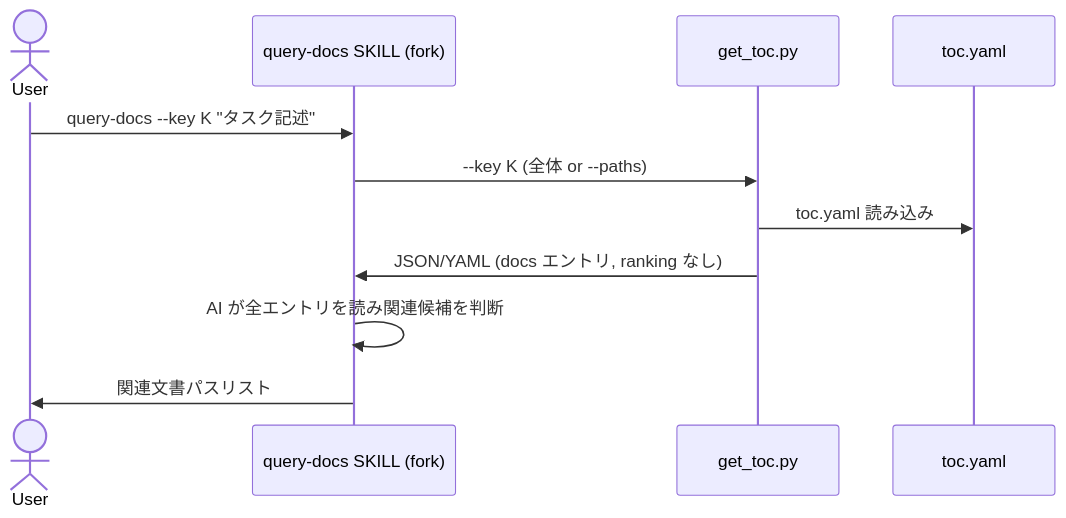
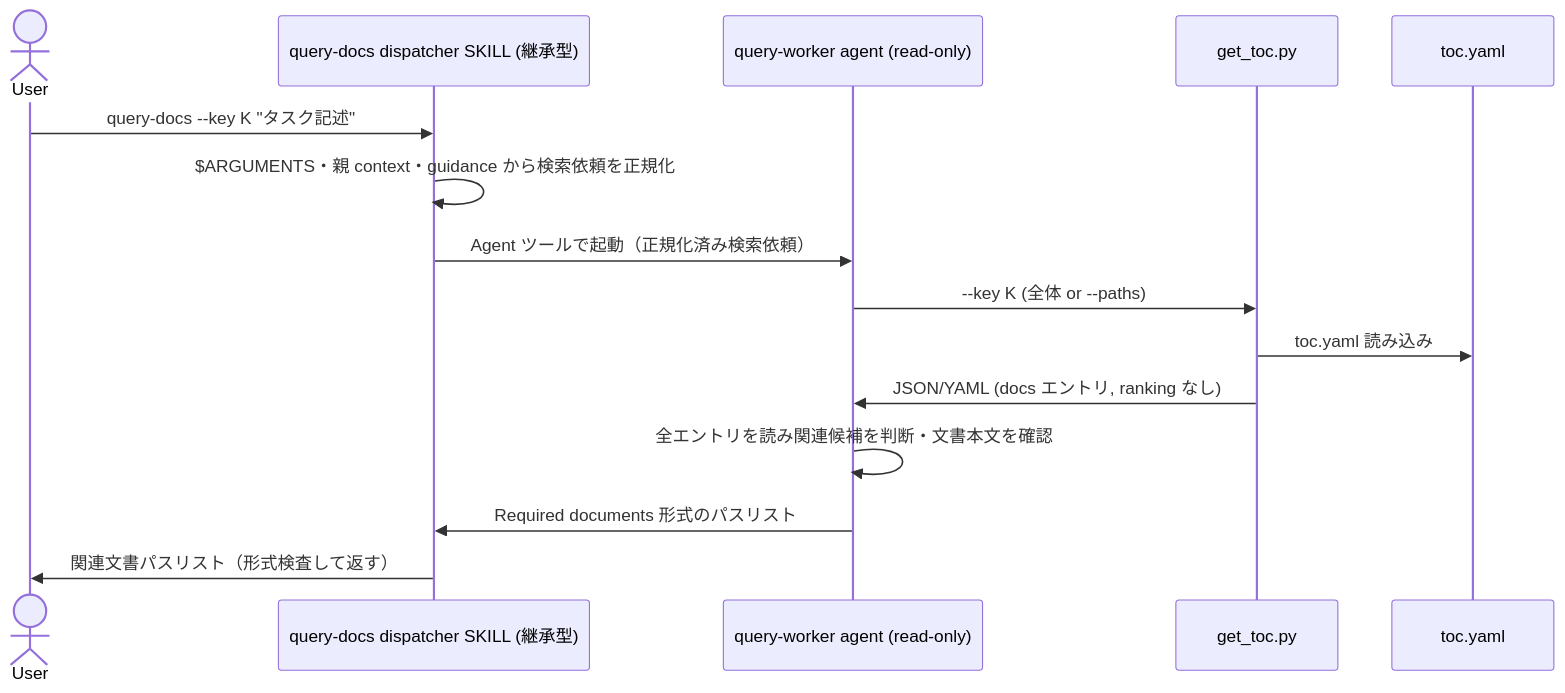
Before and after one commit to BlueEventHorizon/DocAdvisor-CC: the seventh of 7 diagrams in docs/specs/base/design/DES-005_toc_generation_flow.md, drawn with Mermaid. The commit also changed other lines of this file and 8 other files, not shown here.

First line of the commit message:
feat: query-docs を継承型 dispatcher + read-only worker 構成へ再設計

````diff
--- a/docs/specs/base/design/DES-005_toc_generation_flow.md
+++ b/docs/specs/base/design/DES-005_toc_generation_flow.md
@@ -435,14 +438,18 @@
 ```mermaid
 sequenceDiagram
     actor User
-    participant Q as query-docs SKILL (fork)
+    participant Q as query-docs dispatcher SKILL (継承型)
+    participant W as query-worker agent (read-only)
     participant G as get_toc.py
     participant Store as toc.yaml
 
     User->>Q: query-docs --key K "タスク記述"
-    Q->>G: --key K (全体 or --paths)
+    Q->>Q: $ARGUMENTS・親 context・guidance から検索依頼を正規化
+    Q->>W: Agent ツールで起動（正規化済み検索依頼）
+    W->>G: --key K (全体 or --paths)
     G->>Store: toc.yaml 読み込み
-    G->>Q: JSON/YAML (docs エントリ, ranking なし)
-    Q->>Q: AI が全エントリを読み関連候補を判断
-    Q->>User: 関連文書パスリスト
+    G->>W: JSON/YAML (docs エントリ, ranking なし)
+    W->>W: 全エントリを読み関連候補を判断・文書本文を確認
+    W->>Q: Required documents 形式のパスリスト
+    Q->>User: 関連文書パスリスト（形式検査して返す）
 ```
````
